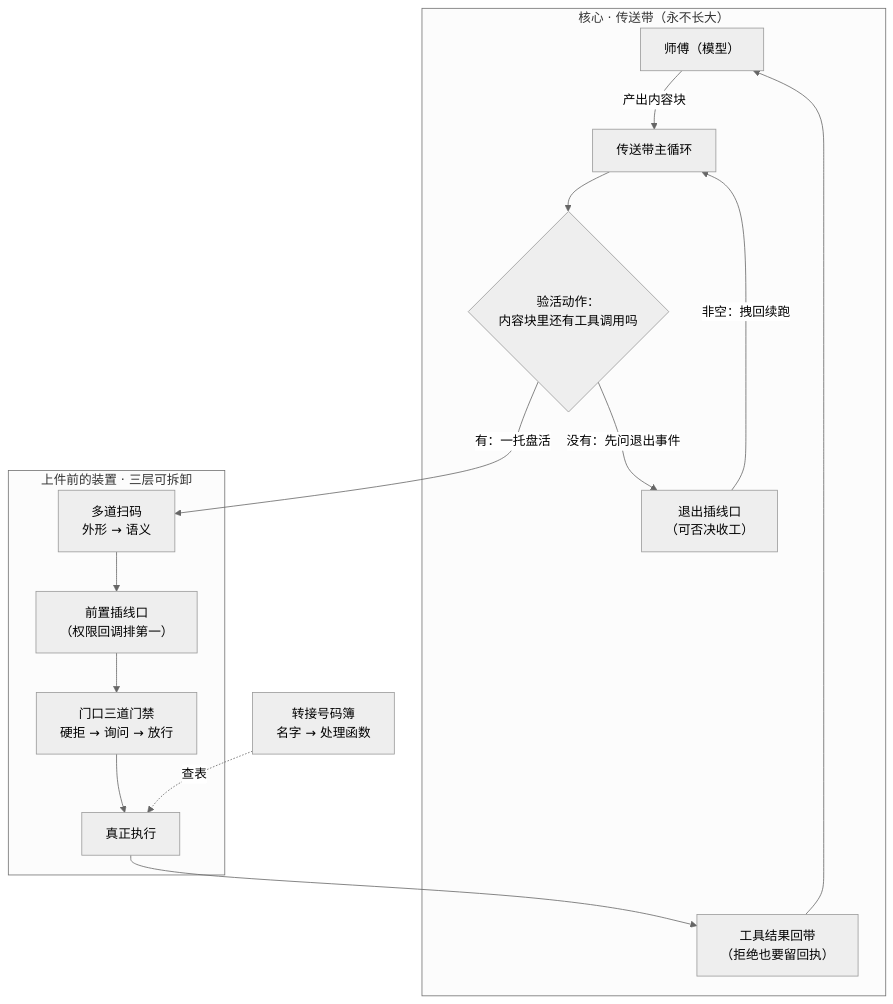
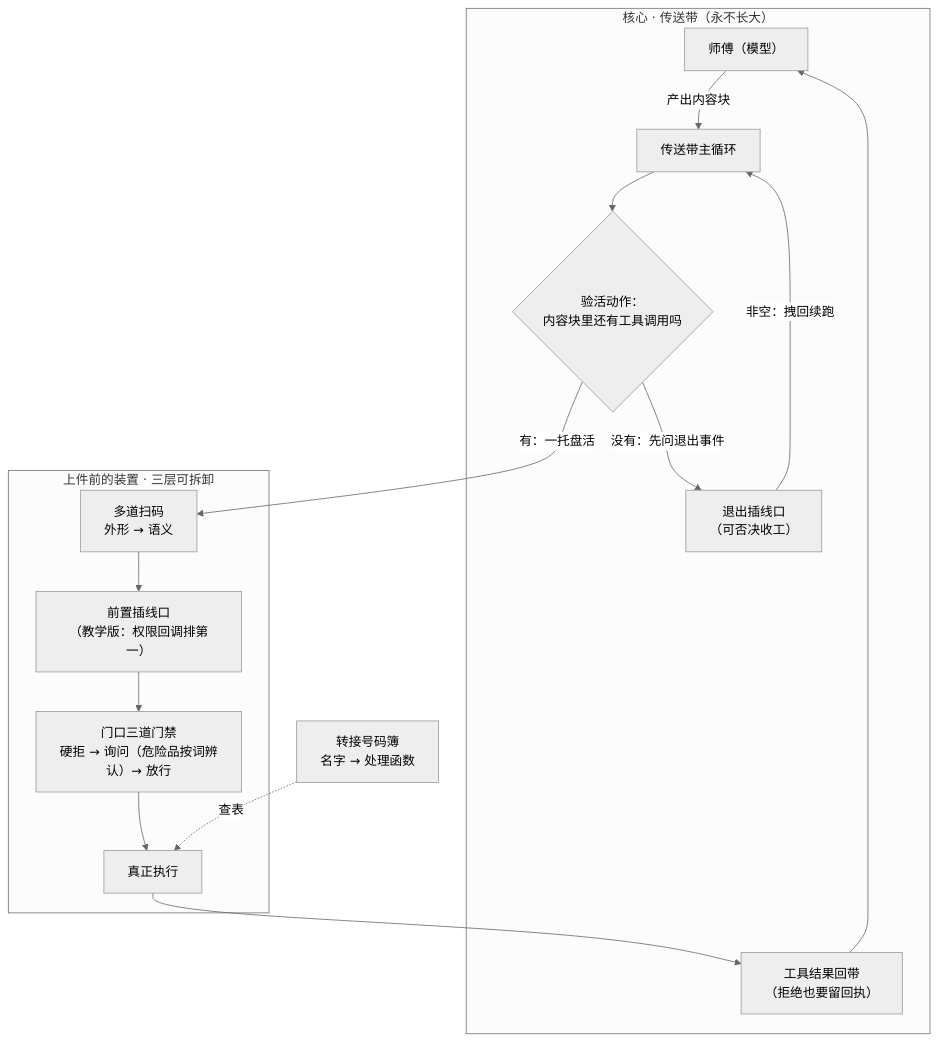
One commit to ThreeFish-AI/negentropy changed the diagram in docs/assets/mermaid/agent-harness/claude-code-tooling--execution-panorama.mmd. Above: the diagram before and after it, drawn with Mermaid (neutral theme). The commit also changed 23 other files, not shown here.

```diff
--- a/docs/assets/mermaid/agent-harness/claude-code-tooling--execution-panorama.mmd
+++ b/docs/assets/mermaid/agent-harness/claude-code-tooling--execution-panorama.mmd
@@ -1,20 +1,20 @@
 %% source: docs/research/agent-harness/171-claude-code-tooling-execution.md §2
 %% slug: claude-code-tooling--execution-panorama
 %% type: workflow
 %% derived: docs/assets/architecture/agent-harness/claude-code-tooling--execution-panorama.html
 flowchart TD
     subgraph S1["核心 · 传送带（永不长大）"]
         M["师傅（模型）"] -->|"产出内容块"| L["传送带主循环"]
         L --> V{"验活动作：<br/>内容块里还有工具调用吗"}
         V -->|"没有：先问退出事件"| ST["退出插线口<br/>（可否决收工）"]
         ST -->|"非空：拽回续跑"| L
         R["工具结果回带<br/>（拒绝也要留回执）"] --> M
     end
     subgraph S2["上件前的装置 · 三层可拆卸"]
-        D["多道扫码<br/>外形 → 语义"] --> H["前置插线口<br/>（权限回调排第一）"]
-        H --> G["门口三道门禁<br/>硬拒 → 询问 → 放行"]
+        D["多道扫码<br/>外形 → 语义"] --> H["前置插线口<br/>（教学版：权限回调排第一）"]
+        H --> G["门口三道门禁<br/>硬拒 → 询问（危险品按词辨认）→ 放行"]
         G --> E["真正执行"]
         E --> R
     end
     V -->|"有：一托盘活"| D
     D2["转接号码簿<br/>名字 → 处理函数"] -.查表.-> E
```
